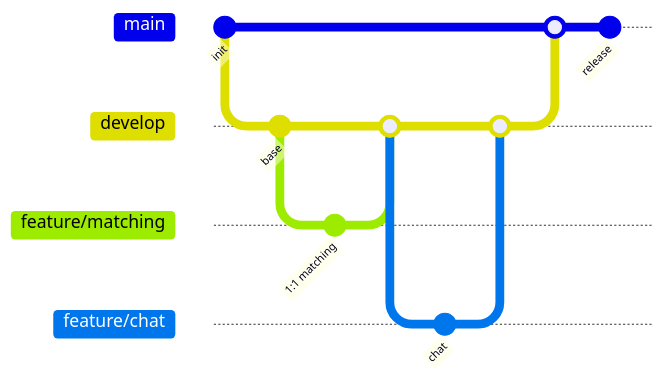
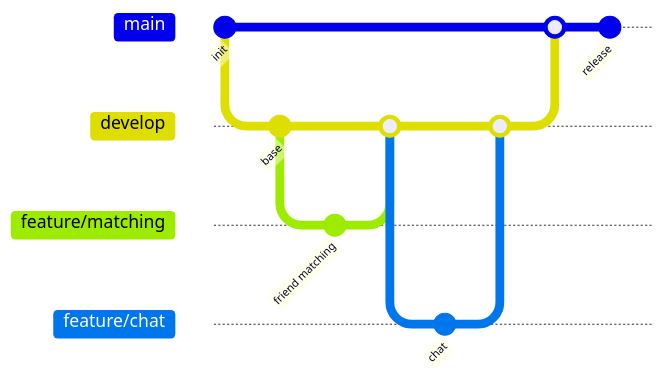
One commit to jaemin-devlog/AirConnect changed the sixth of 6 diagrams in README.md. Above: the diagram before and after it, drawn with Mermaid. The commit also changed other lines of this file, not shown here.

````diff
--- a/README.md
+++ b/README.md
@@ -300,20 +300,20 @@
 ```mermaid
 gitGraph
     commit id: "init"
     branch develop
     checkout develop
     commit id: "base"
     branch feature/matching
     checkout feature/matching
-    commit id: "1:1 matching"
+    commit id: "friend matching"
     checkout develop
     merge feature/matching
     branch feature/chat
     checkout feature/chat
     commit id: "chat"
     checkout develop
     merge feature/chat
     checkout main
     merge develop
     commit id: "release"
 ```
````
